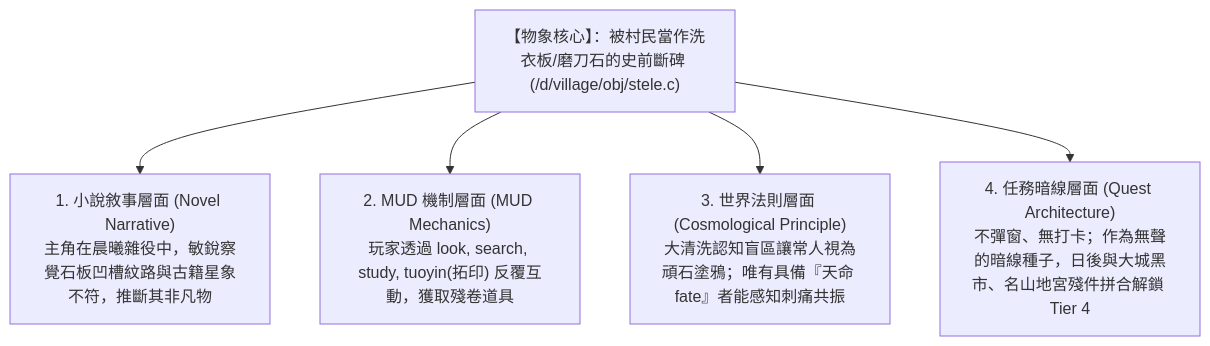
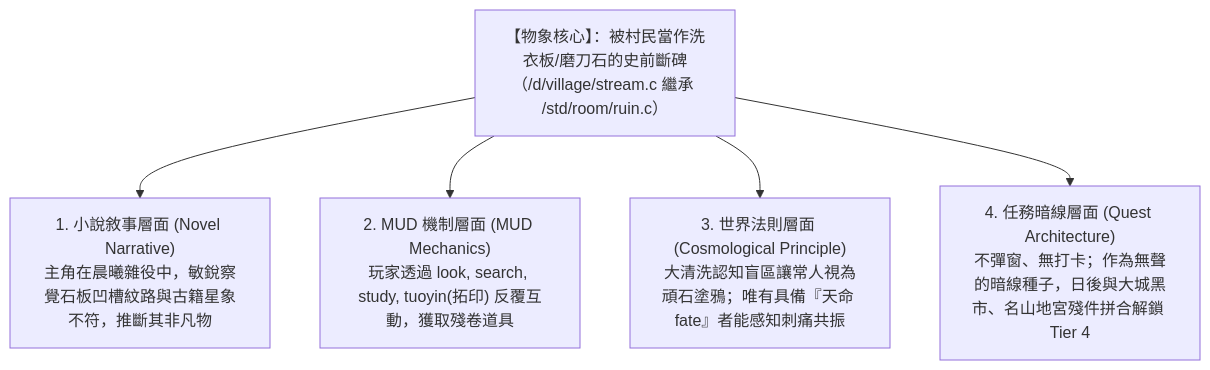
The seventh of 7 diagrams in forgotten-space/world_setting.md (wade-fs/mudscript), drawn with Mermaid before and after one commit. The commit also changed other lines of this file and 31 other files, not shown here.

````diff
--- a/forgotten-space/world_setting.md
+++ b/forgotten-space/world_setting.md
@@ -511,14 +514,14 @@
 ```mermaid
 graph TD
-    OBJECT["【物象核心】：被村民當作洗衣板/磨刀石的史前斷碑 (/d/village/obj/stele.c)"]
+    OBJECT["【物象核心】：被村民當作洗衣板/磨刀石的史前斷碑（/d/village/stream.c 繼承 /std/room/ruin.c）"]
     
     NOVEL["1. 小說敘事層面 (Novel Narrative)<br>主角在晨曦雜役中，敏銳察覺石板凹槽紋路與古籍星象不符，推斷其非凡物"]
     MUD["2. MUD 機制層面 (MUD Mechanics)<br>玩家透過 look, search, study, tuoyin(拓印) 反覆互動，獲取殘卷道具"]
     RULE["3. 世界法則層面 (Cosmological Principle)<br>大清洗認知盲區讓常人視為頑石塗鴉；唯有具備『天命 fate』者能感知刺痛共振"]
     QUEST["4. 任務暗線層面 (Quest Architecture)<br>不彈窗、無打卡；作為無聲的暗線種子，日後與大城黑市、名山地宮殘件拼合解鎖 Tier 4"]
 
     OBJECT --> NOVEL
     OBJECT --> MUD
     OBJECT --> RULE
     OBJECT --> QUEST
 ```
````
